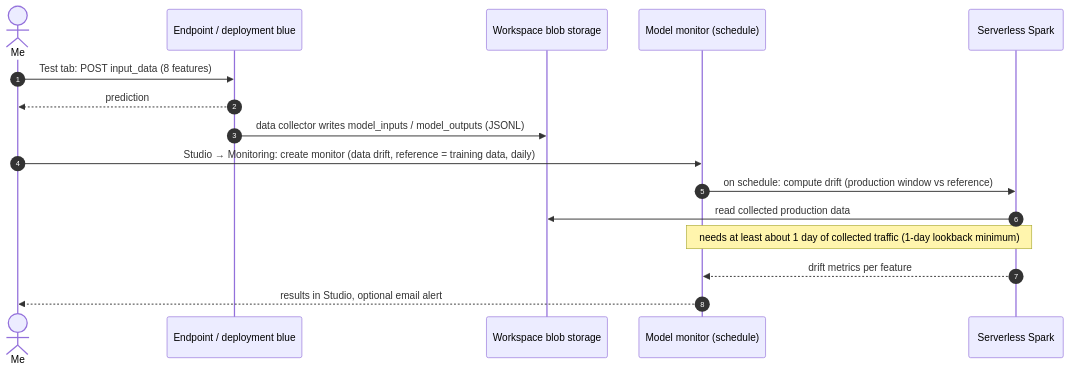
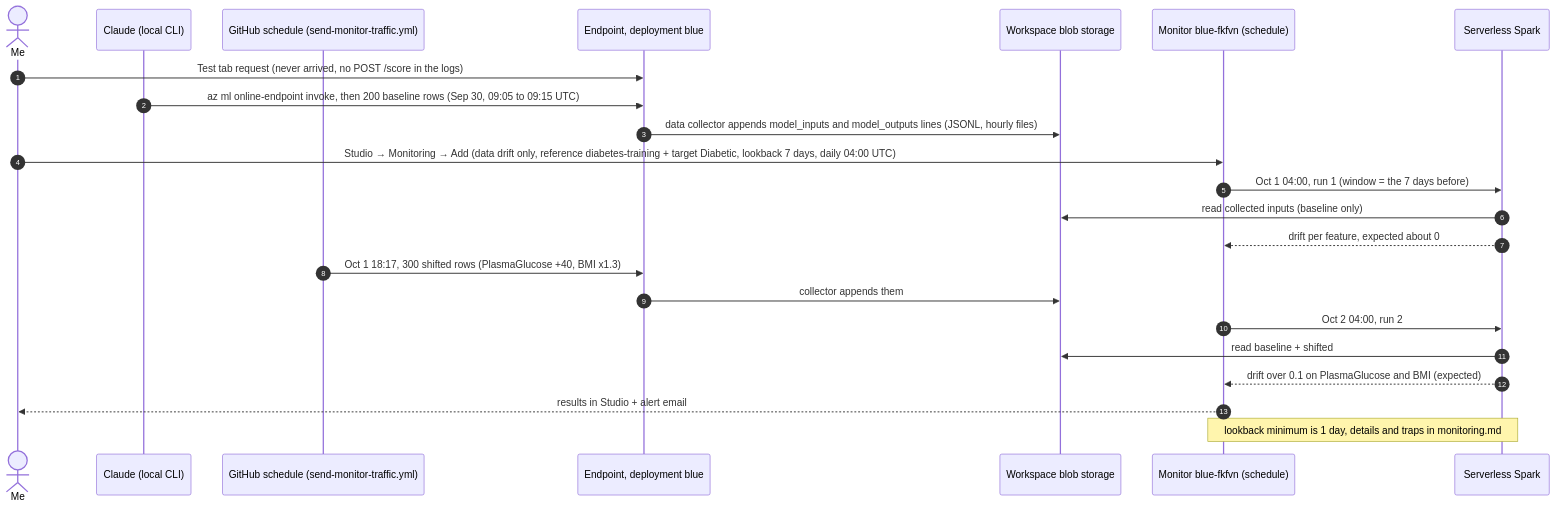
Before and after one commit to medChiboub/mlops-ai-300: the sixth of 6 diagrams in kb/mechanics/end-to-end-flow.md, drawn with Mermaid. The commit also changed other lines of this file and 1 other file, not shown here.

Commit message:
kb monitoring: 6 diagrams (layers, request path, run, demo timeline, windows, diagnosis); end-to-end 3d updated to the real flow

````diff
--- a/kb/mechanics/end-to-end-flow.md
+++ b/kb/mechanics/end-to-end-flow.md
@@ -210,18 +211,25 @@
 ```mermaid
 sequenceDiagram
   autonumber
   actor Me
-  participant EP as Endpoint / deployment blue
+  participant CL as Claude (local CLI)
+  participant GHS as GitHub schedule (send-monitor-traffic.yml)
+  participant EP as Endpoint, deployment blue
   participant ST as Workspace blob storage
-  participant MON as Model monitor (schedule)
+  participant MON as Monitor blue-fkfvn (schedule)
   participant SP as Serverless Spark
-  Me->>EP: Test tab: POST input_data (8 features)
-  EP-->>Me: prediction
-  EP->>ST: data collector writes model_inputs / model_outputs (JSONL)
-  Me->>MON: Studio → Monitoring: create monitor (data drift, reference = training data, daily)
-  MON->>SP: on schedule: compute drift (production window vs reference)
-  SP->>ST: read collected production data
-  Note over MON,SP: needs at least about 1 day of collected traffic (1-day lookback minimum)
-  SP-->>MON: drift metrics per feature
-  MON-->>Me: results in Studio, optional email alert
+  Me->>EP: Test tab request (never arrived, no POST /score in the logs)
+  CL->>EP: az ml online-endpoint invoke, then 200 baseline rows (Sep 30, 09:05 to 09:15 UTC)
+  EP->>ST: data collector appends model_inputs and model_outputs lines (JSONL, hourly files)
+  Me->>MON: Studio → Monitoring → Add (data drift only, reference diabetes-training + target Diabetic, lookback 7 days, daily 04:00 UTC)
+  MON->>SP: Oct 1 04:00, run 1 (window = the 7 days before)
+  SP->>ST: read collected inputs (baseline only)
+  SP-->>MON: drift per feature, expected about 0
+  GHS->>EP: Oct 1 18:17, 300 shifted rows (PlasmaGlucose +40, BMI x1.3)
+  EP->>ST: collector appends them
+  MON->>SP: Oct 2 04:00, run 2
+  SP->>ST: read baseline + shifted
+  SP-->>MON: drift over 0.1 on PlasmaGlucose and BMI (expected)
+  MON-->>Me: results in Studio + alert email
+  Note over MON,SP: lookback minimum is 1 day, details and traps in monitoring.md
 ```
````
